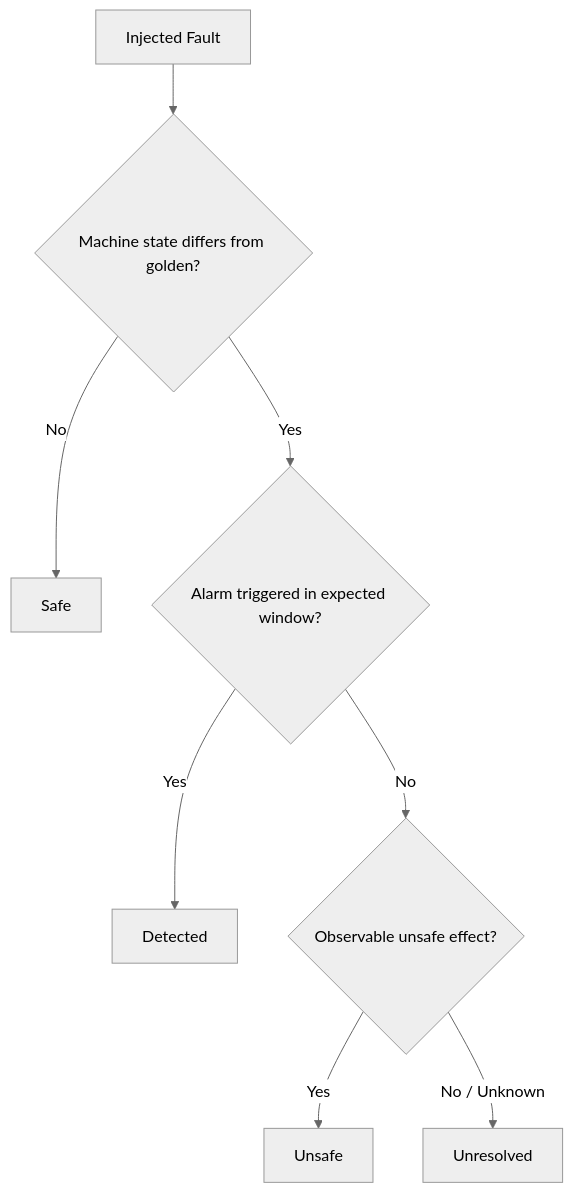
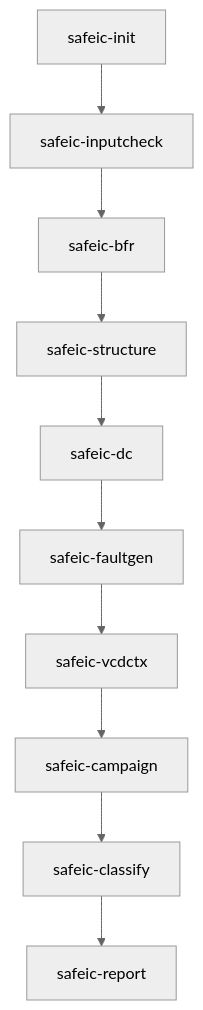
Before and after one commit to qiqixixi1001/automotive-safeic-practice: the eighth of 11 diagrams in articles/01_automotive_safeic_practice_d01_github_en_revised.md, drawn with Mermaid (neutral theme). The commit also changed other lines of this file, not shown here.

````diff
--- a/articles/01_automotive_safeic_practice_d01_github_en_revised.md
+++ b/articles/01_automotive_safeic_practice_d01_github_en_revised.md
@@ -612,10 +974,12 @@
 ```mermaid
 flowchart TD
-    A[Injected Fault] --> B{Machine state differs from golden?}
-    B -- No --> C[Safe]
-    B -- Yes --> D{Alarm triggered in expected window?}
-    D -- Yes --> E[Detected]
-    D -- No --> F{Observable unsafe effect?}
-    F -- Yes --> G[Unsafe]
-    F -- No / Unknown --> H[Unresolved]
+    A[safeic-init] --> B[safeic-inputcheck]
+    B --> C[safeic-bfr]
+    C --> D[safeic-structure]
+    D --> E[safeic-dc]
+    E --> F[safeic-faultgen]
+    F --> G[safeic-vcdctx]
+    G --> H[safeic-campaign]
+    H --> I[safeic-classify]
+    I --> J[safeic-report]
 ```
````
